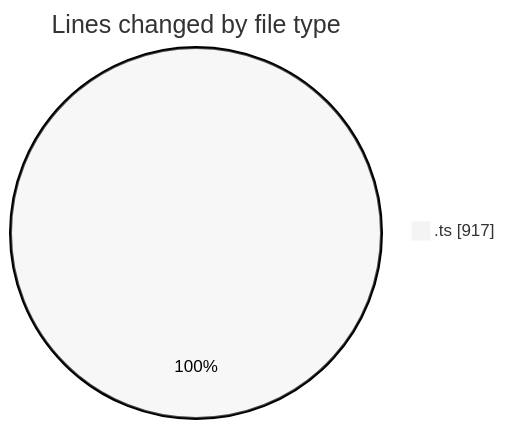
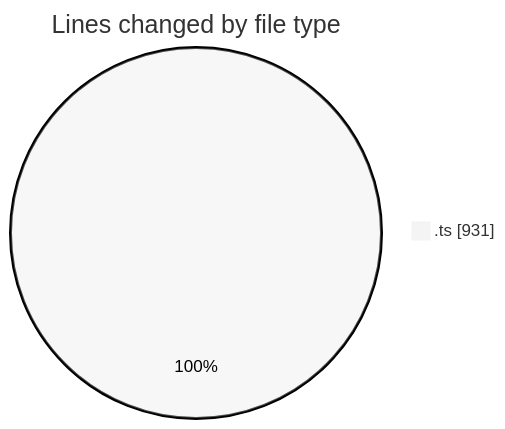
One commit to momahboobian/code-tracking changed the first of 2 diagrams in 2026-10-01/cda/README.md. Above: the diagram before and after it, drawn with Mermaid (neutral theme). The commit also changed other lines of this file and 1 other file, not shown here.

````diff
--- a/2026-10-01/cda/README.md
+++ b/2026-10-01/cda/README.md
@@ -20,5 +20,5 @@
 ```mermaid
 pie showData
 title Lines changed by file type
-".ts" : 917
+".ts" : 931
 ```
````
